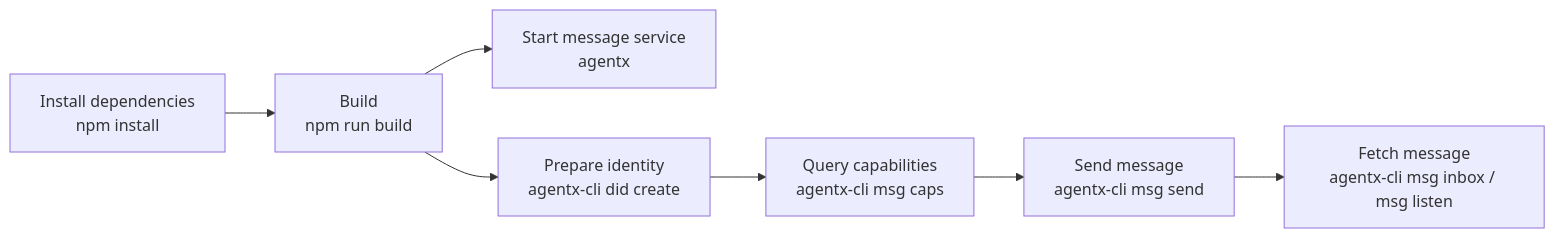
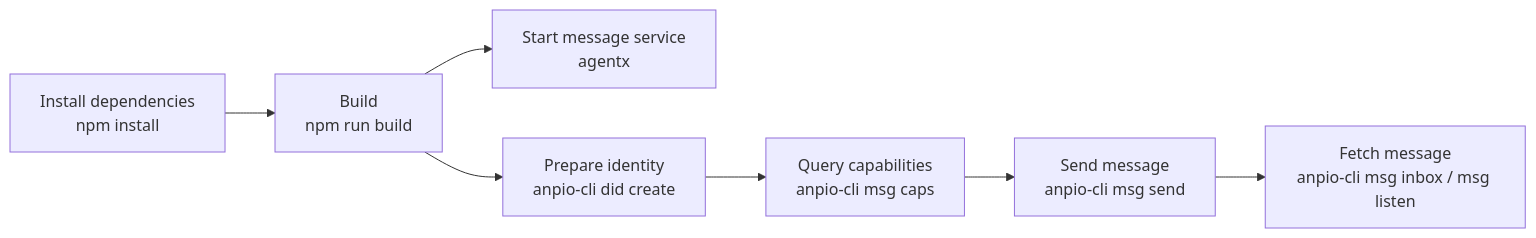
One commit to eccstartup/anpio-cli changed the diagram in vercel/en/guide/quickstart.md. Above: the diagram before and after it, drawn with Mermaid. The commit also changed other lines of this file and 100 other files, not shown here.

First line of the commit message:
feat(cli): the client is anpio-cli, and it can adopt an anpio-key DID

````diff
--- a/vercel/en/guide/quickstart.md
+++ b/vercel/en/guide/quickstart.md
@@ -10,9 +10,9 @@
 ```mermaid
 flowchart LR
   A["Install dependencies<br/>npm install"] --> B["Build<br/>npm run build"]
   B --> C["Start message service<br/>agentx"]
-  B --> D["Prepare identity<br/>agentx-cli did create"]
-  D --> E["Query capabilities<br/>agentx-cli msg caps"]
-  E --> F["Send message<br/>agentx-cli msg send"]
-  F --> G["Fetch message<br/>agentx-cli msg inbox / msg listen"]
+  B --> D["Prepare identity<br/>anpio-cli did create"]
+  D --> E["Query capabilities<br/>anpio-cli msg caps"]
+  E --> F["Send message<br/>anpio-cli msg send"]
+  F --> G["Fetch message<br/>anpio-cli msg inbox / msg listen"]
 ```
````
